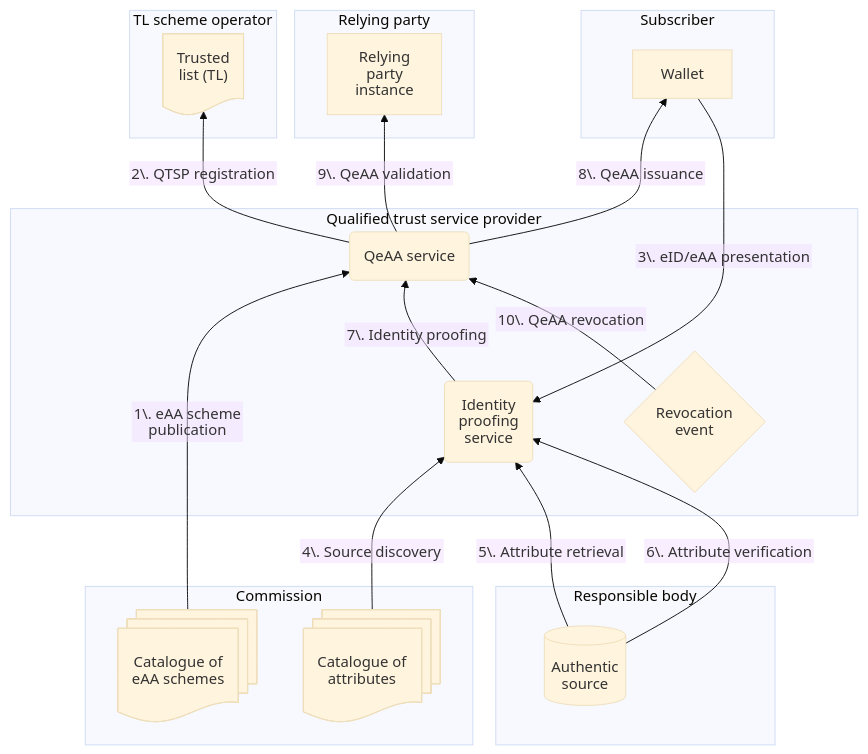
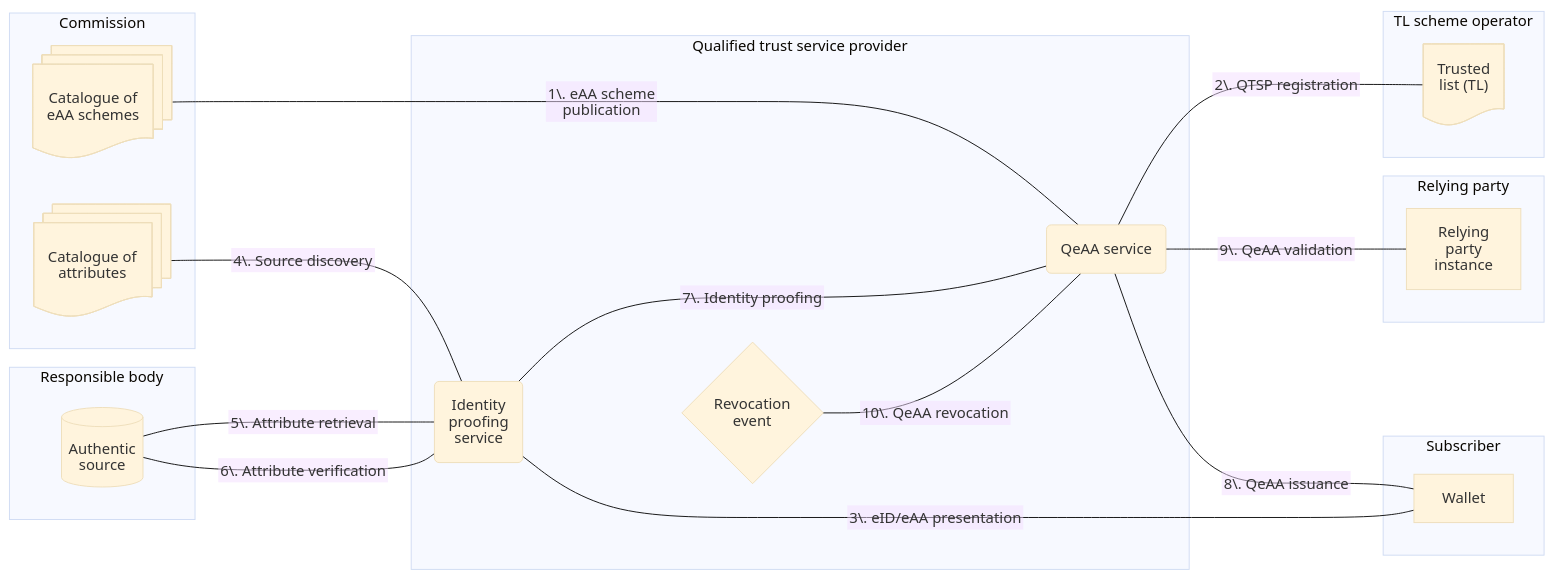
Before and after one commit to webuild-consortium/wp4-qtsp-group: the first of 3 diagrams in docs/qeaa/architecture.md, drawn with Mermaid (base theme). The commit also changed other lines of this file, not shown here.

Commit message:
Clarify direction of QeAA deployment model

````diff
--- a/docs/qeaa/architecture.md
+++ b/docs/qeaa/architecture.md
@@ -41,50 +43,50 @@
 ```mermaid
 ---
 config:
   htmlLabels: false
   markdownAutoWrap: true
   flowchart:
     #defaultRenderer: "elk"
 ---
-flowchart BT
+flowchart LR
 subgraph Responsible body
     AS[Authentic
     source]@{shape: cyl}
 end
 subgraph EC[Commission]
     CatAtt[Catalogue of
     attributes]@{shape: docs}
     CatSch[Catalogue of
     eAA schemes]@{shape: docs}
 end
 subgraph QTSP[Qualified trust service provider]
     IPS[Identity
     proofing
     service]@{shape: rounded}
     EAAS["QeAA service"]@{shape: rounded}
     Rev[Revocation
     event]@{shape: diamond}
 end
 subgraph Sub[Subscriber]
     Wallet
 end
 subgraph Relying party
     RP["Relying
     party
     instance"]
 end
 subgraph "TL scheme operator"
     TL["Trusted
     list (TL)"]@{shape: doc}
 end
-CatSch -->|1\. eAA scheme publication| EAAS
-EAAS   -->|2\. QTSP registration     | TL
-Wallet -->|3\. eID/eAA presentation  | IPS
-CatAtt -->|4\. Source discovery      | IPS
-AS     -->|5\. Attribute retrieval   | IPS
-AS     -->|6\. Attribute verification| IPS
-IPS    -->|7\. Identity proofing     | EAAS
-EAAS   -->|8\. QeAA issuance         | Wallet
-EAAS   -->|9\. QeAA validation       | RP
-Rev    -->|10\. QeAA revocation      | EAAS
+CatSch ---|1\. eAA scheme publication| EAAS
+EAAS   ---|2\. QTSP registration     | TL
+Wallet ---|3\. eID/eAA presentation  | IPS
+CatAtt ---|4\. Source discovery      | IPS
+AS     ---|5\. Attribute retrieval   | IPS
+AS     ---|6\. Attribute verification| IPS
+IPS   ----|7\. Identity proofing     | EAAS
+EAAS   ---|8\. QeAA issuance         | Wallet
+EAAS   ---|9\. QeAA validation       | RP
+Rev    ---|10\. QeAA revocation      | EAAS
 ```
````
